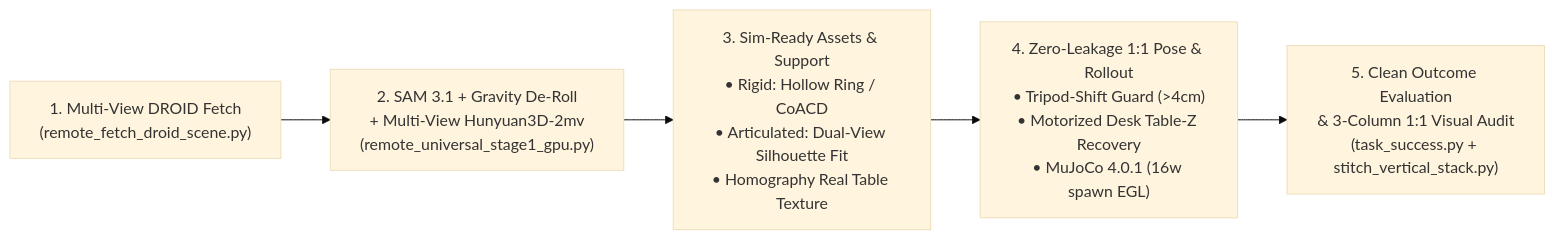
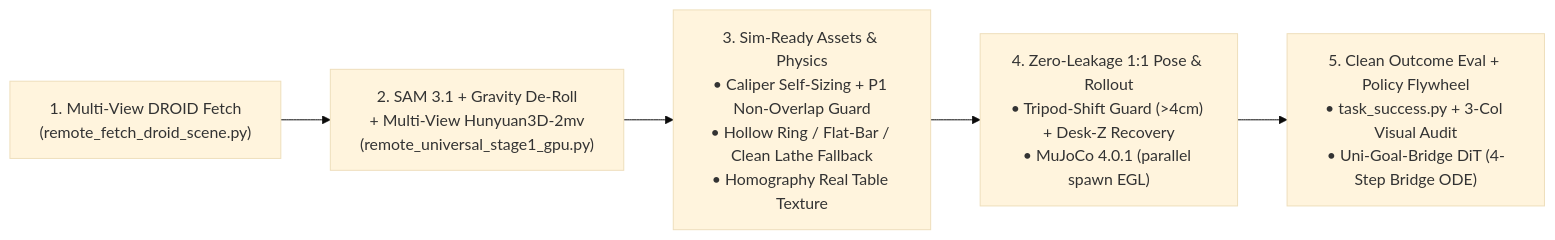
One commit to Na2Ssss/real2sim-bench changed the diagram in README.md. Above: the diagram before and after it, drawn with Mermaid (base theme). The commit also changed other lines of this file and 29 other files, not shown here.

Commit message:
Scale Real2Sim-Bench to 22 scenes x 12/12 DROID labs (1,162 eps) & Uni-Goal-Bridge v8 (57.2% 17T / 75.2% orig5)

````diff
--- a/README.md
+++ b/README.md
@@ -11,7 +11,7 @@
 ```mermaid
 flowchart LR
     S0["1. Multi-View DROID Fetch\n(remote_fetch_droid_scene.py)"] --> S1["2. SAM 3.1 + Gravity De-Roll\n+ Multi-View Hunyuan3D-2mv\n(remote_universal_stage1_gpu.py)"]
-    S1 --> S2["3. Sim-Ready Assets & Support\n• Rigid: Hollow Ring / CoACD\n• Articulated: Dual-View Silhouette Fit\n• Homography Real Table Texture"]
-    S2 --> S3["4. Zero-Leakage 1:1 Pose & Rollout\n• Tripod-Shift Guard (>4cm)\n• Motorized Desk Table-Z Recovery\n• MuJoCo 4.0.1 (16w spawn EGL)"]
-    S3 --> S4["5. Clean Outcome Evaluation\n& 3-Column 1:1 Visual Audit\n(task_success.py + stitch_vertical_stack.py)"]
+    S1 --> S2["3. Sim-Ready Assets & Physics\n• Caliper Self-Sizing + P1 Non-Overlap Guard\n• Hollow Ring / Flat-Bar / Clean Lathe Fallback\n• Homography Real Table Texture"]
+    S2 --> S3["4. Zero-Leakage 1:1 Pose & Rollout\n• Tripod-Shift Guard (>4cm) + Desk-Z Recovery\n• MuJoCo 4.0.1 (parallel spawn EGL)"]
+    S3 --> S4["5. Clean Outcome Eval + Policy Flywheel\n• task_success.py + 3-Col Visual Audit\n• Uni-Goal-Bridge DiT (4-Step Bridge ODE)"]
 ```
````
